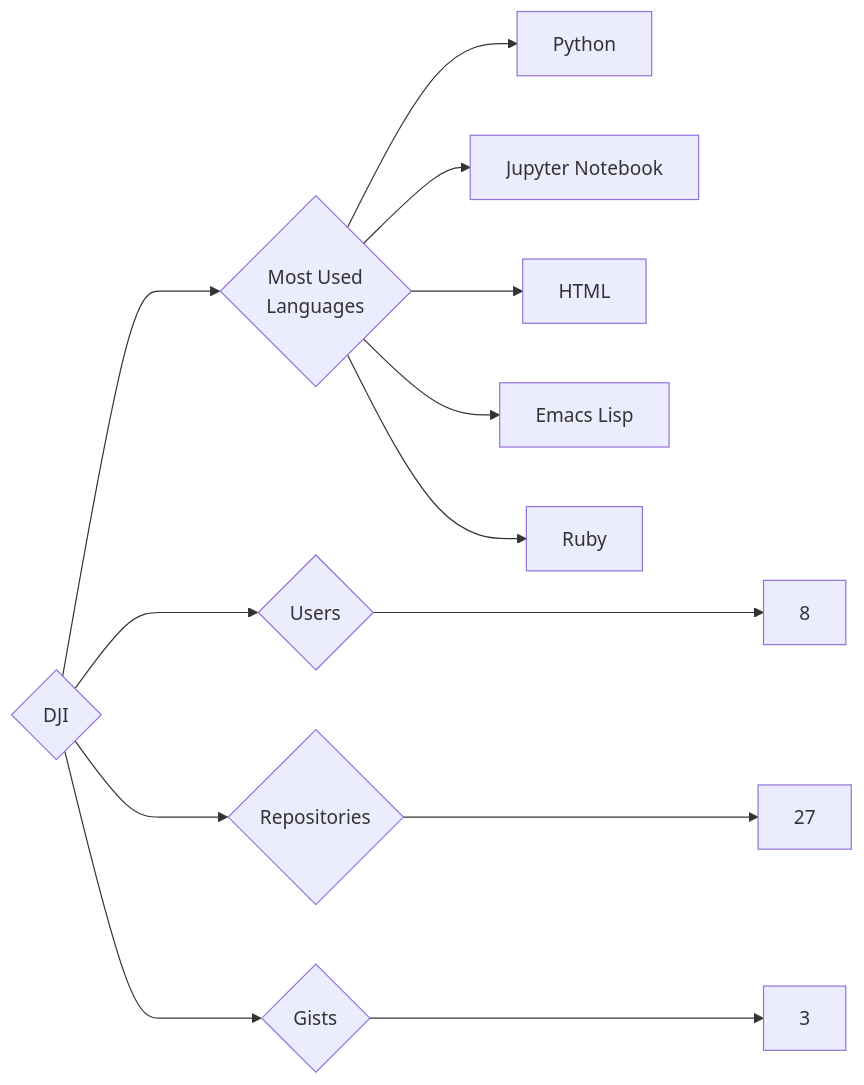
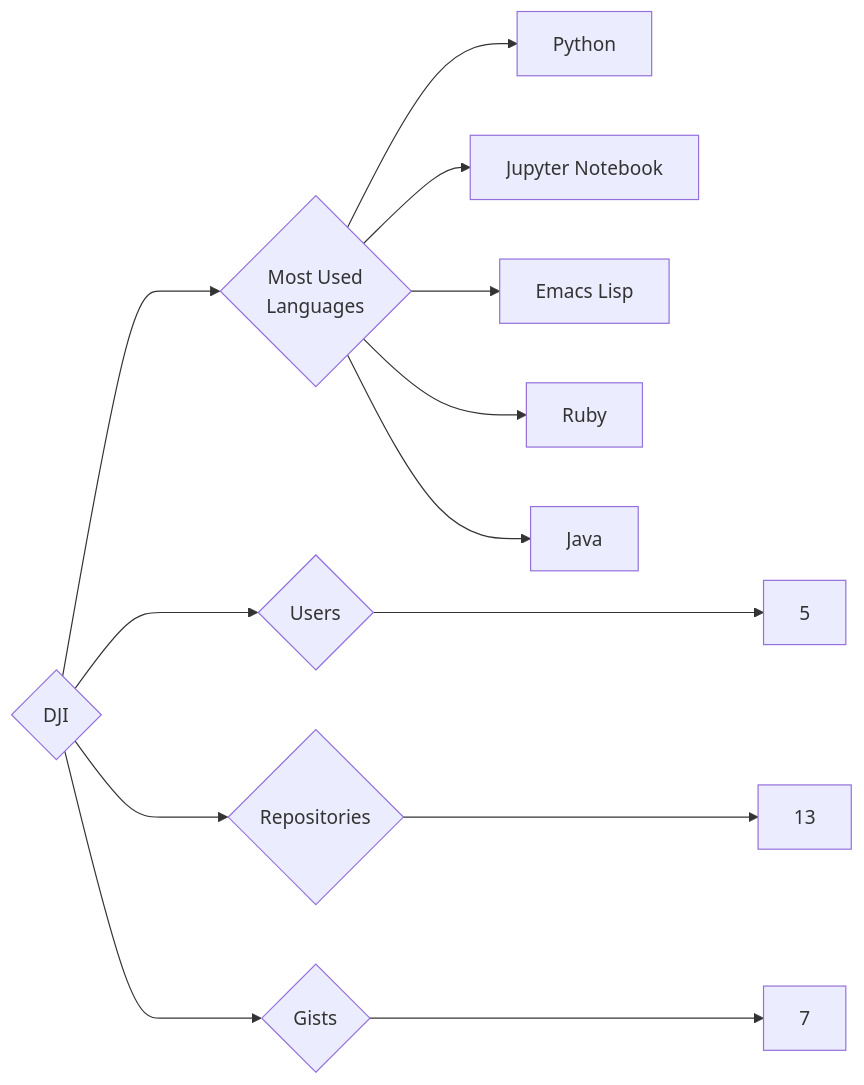
Before and after one commit to trickest/insiders: the diagram in targets/DJI/README.md, drawn with Mermaid. The commit also changed 1170 other files, not shown here.

````diff
--- a/targets/DJI/README.md
+++ b/targets/DJI/README.md
@@ -3,13 +3,13 @@
 ```mermaid
 graph LR
 COMPANY_NAME{DJI}
-COMPANY_NAME ---> U{Users} ---> UN[8]
-COMPANY_NAME ---> R{Repositories} ---> RN[27]
-COMPANY_NAME ---> G{Gists} ---> GN[3]
+COMPANY_NAME ---> U{Users} ---> UN[5]
+COMPANY_NAME ---> R{Repositories} ---> RN[13]
+COMPANY_NAME ---> G{Gists} ---> GN[7]
 COMPANY_NAME ---> ML{Most Used<br>Languages}
 ML --> Python[Python]
 ML --> Jupyter_Notebook[Jupyter Notebook]
-ML --> HTML[HTML]
 ML --> Emacs_Lisp[Emacs Lisp]
 ML --> Ruby[Ruby]
+ML --> Java[Java]
 ```
````
